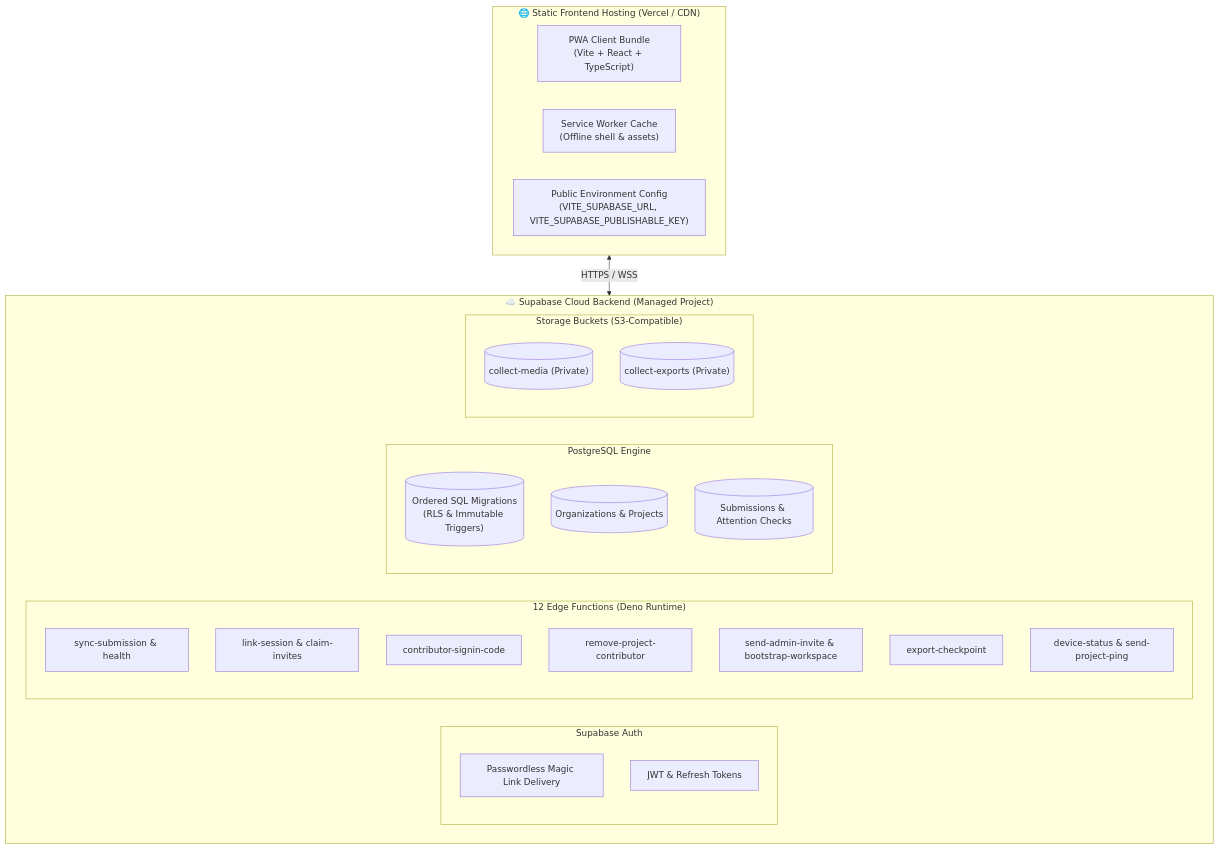
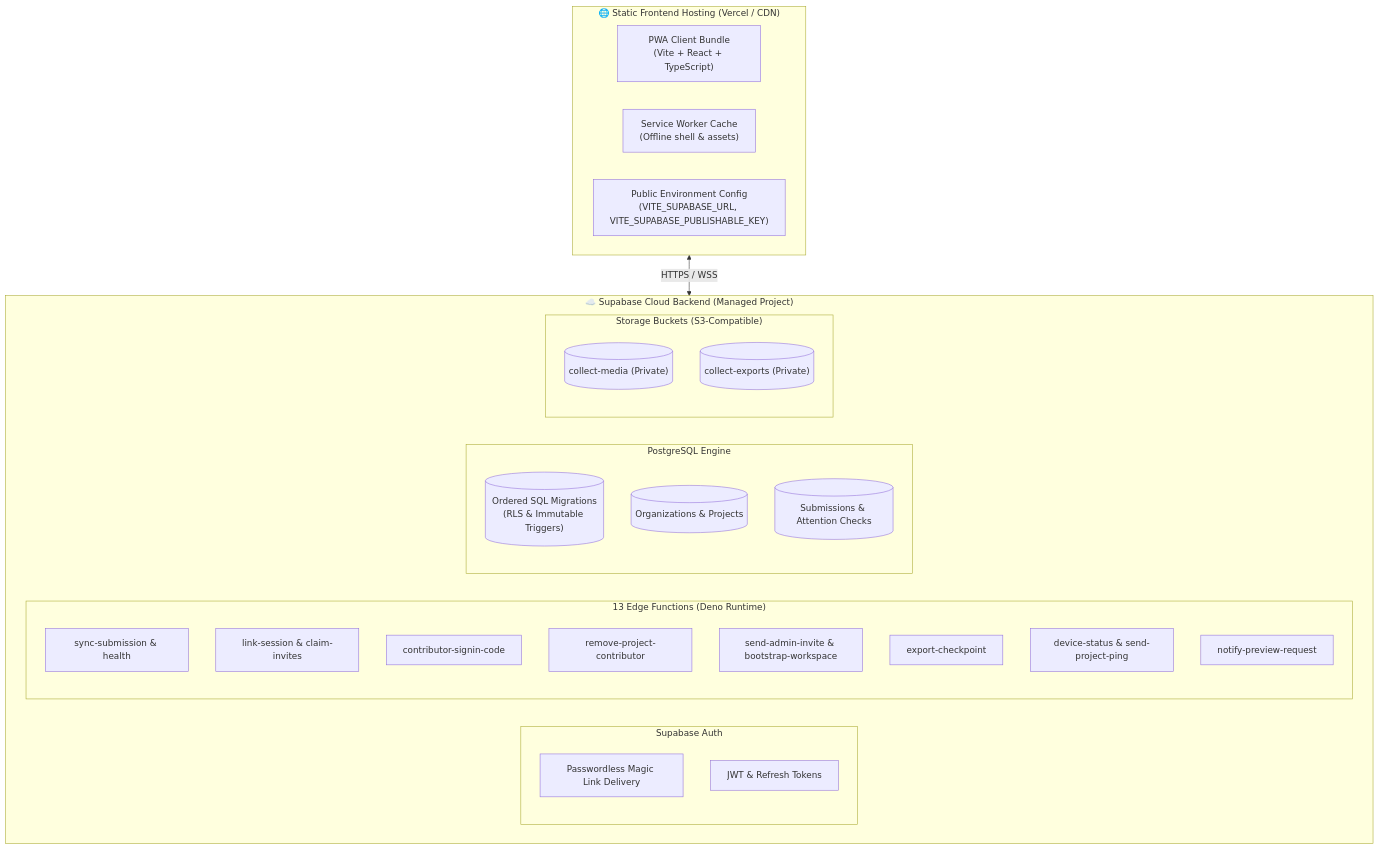
The diagram in docs/deployment.md (gbrlpzz/collect), drawn with Mermaid before and after one commit. The commit also changed other lines of this file and 4 other files, not shown here.

````diff
--- a/docs/deployment.md
+++ b/docs/deployment.md
@@ -9,41 +9,42 @@
 ```mermaid
 flowchart TB
   accTitle: Collect Deployment Model and Infrastructure
   accDescr: Topology of frontend static hosting and backend Supabase managed cloud infrastructure including Auth, Edge Functions, PostgreSQL, and Storage.
 
   subgraph FrontendHosting["🌐 Static Frontend Hosting (Vercel / CDN)"]
     PWABundle["PWA Client Bundle<br/>(Vite + React + TypeScript)"]
     ServiceWorker["Service Worker Cache<br/>(Offline shell & assets)"]
     PublicConfig["Public Environment Config<br/>(VITE_SUPABASE_URL, VITE_SUPABASE_PUBLISHABLE_KEY)"]
   end
 
   subgraph SupabaseBackend["☁️ Supabase Cloud Backend (Managed Project)"]
     subgraph AuthModule["Supabase Auth"]
       MagicLinks["Passwordless Magic Link Delivery"]
       SessionManager["JWT & Refresh Tokens"]
     end
 
-    subgraph EdgeModule["12 Edge Functions (Deno Runtime)"]
+    subgraph EdgeModule["13 Edge Functions (Deno Runtime)"]
       FnSync["sync-submission & health"]
       FnAuth["link-session & claim-invites"]
       FnSignIn["contributor-signin-code"]
       FnRoster["remove-project-contributor"]
       FnAdmin["send-admin-invite & bootstrap-workspace"]
       FnExport["export-checkpoint"]
       FnPing["device-status & send-project-ping"]
+      FnNotify["notify-preview-request"]
     end
 
     subgraph DBModule["PostgreSQL Engine"]
       Migrations[("Ordered SQL Migrations<br/>(RLS & Immutable Triggers)")]
       OrgData[("Organizations & Projects")]
       SubData[("Submissions & Attention Checks")]
     end
 
     subgraph StorageModule["Storage Buckets (S3-Compatible)"]
       MediaBuck[("collect-media (Private)")]
       ExportBuck[("collect-exports (Private)")]
     end
   end
 
   FrontendHosting <-->|"HTTPS / WSS"| SupabaseBackend
 ```
````
